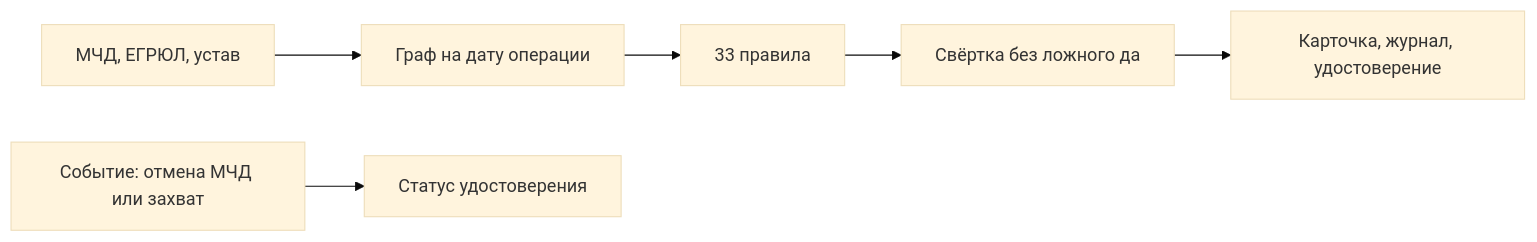
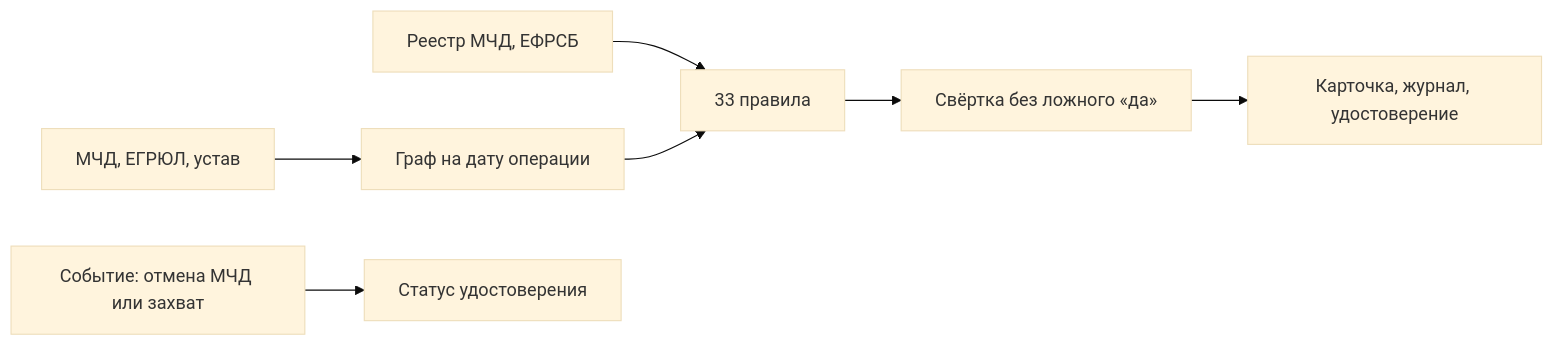
Before and after one commit to KonkovDV/Mandat: the diagram in README.md, drawn with Mermaid (base theme). The commit also changed other lines of this file and 3 other files, not shown here.

````diff
--- a/README.md
+++ b/README.md
@@ -53,8 +61,9 @@
 ```mermaid
 flowchart LR
     A["МЧД, ЕГРЮЛ, устав"] --> B["Граф на дату операции"]
+    R["Реестр МЧД, ЕФРСБ"] --> C
     B --> C["33 правила"]
-    C --> D["Свёртка без ложного да"]
+    C --> D["Свёртка без ложного «да»"]
     D --> E["Карточка, журнал, удостоверение"]
     F["Событие: отмена МЧД или захват"] --> G["Статус удостоверения"]
 ```
````
